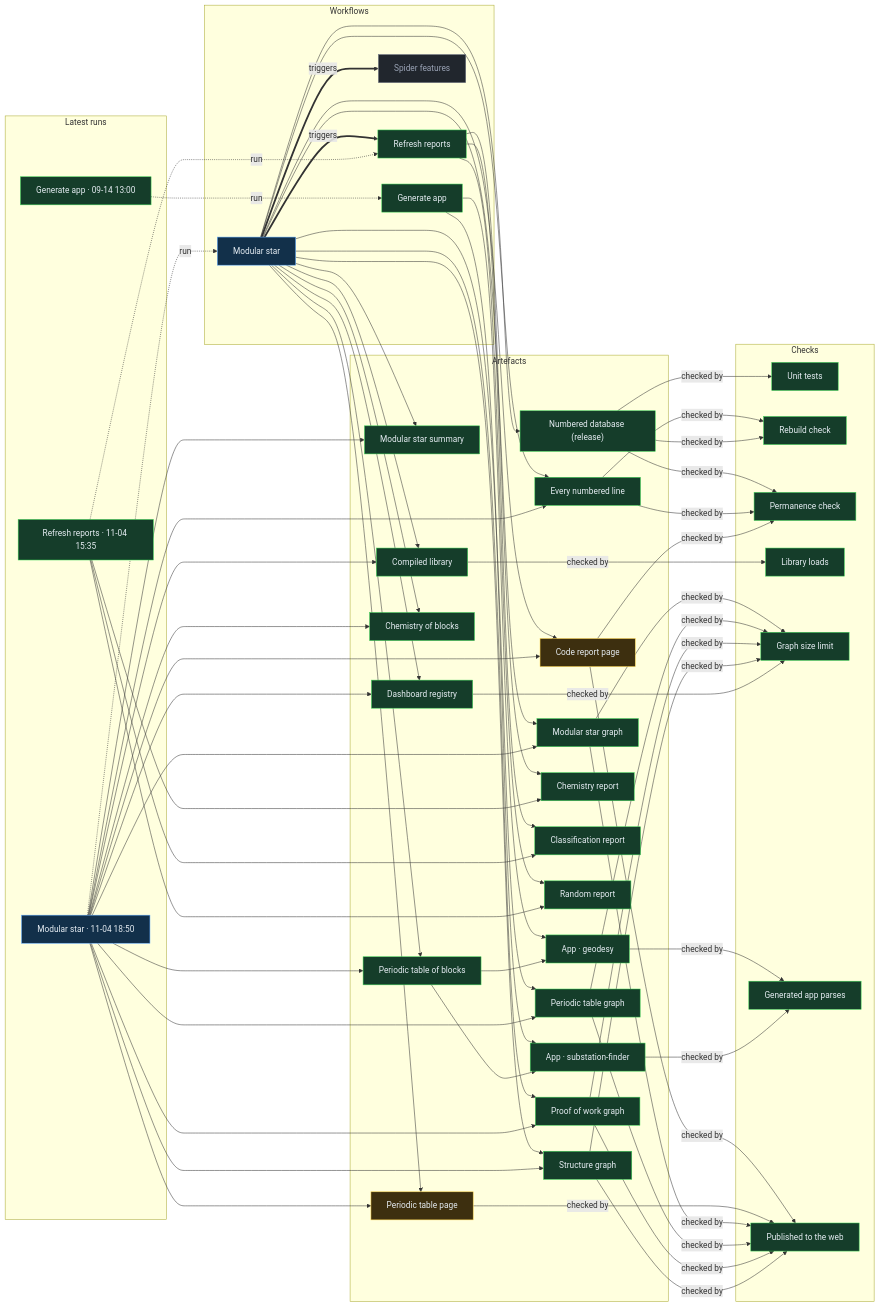
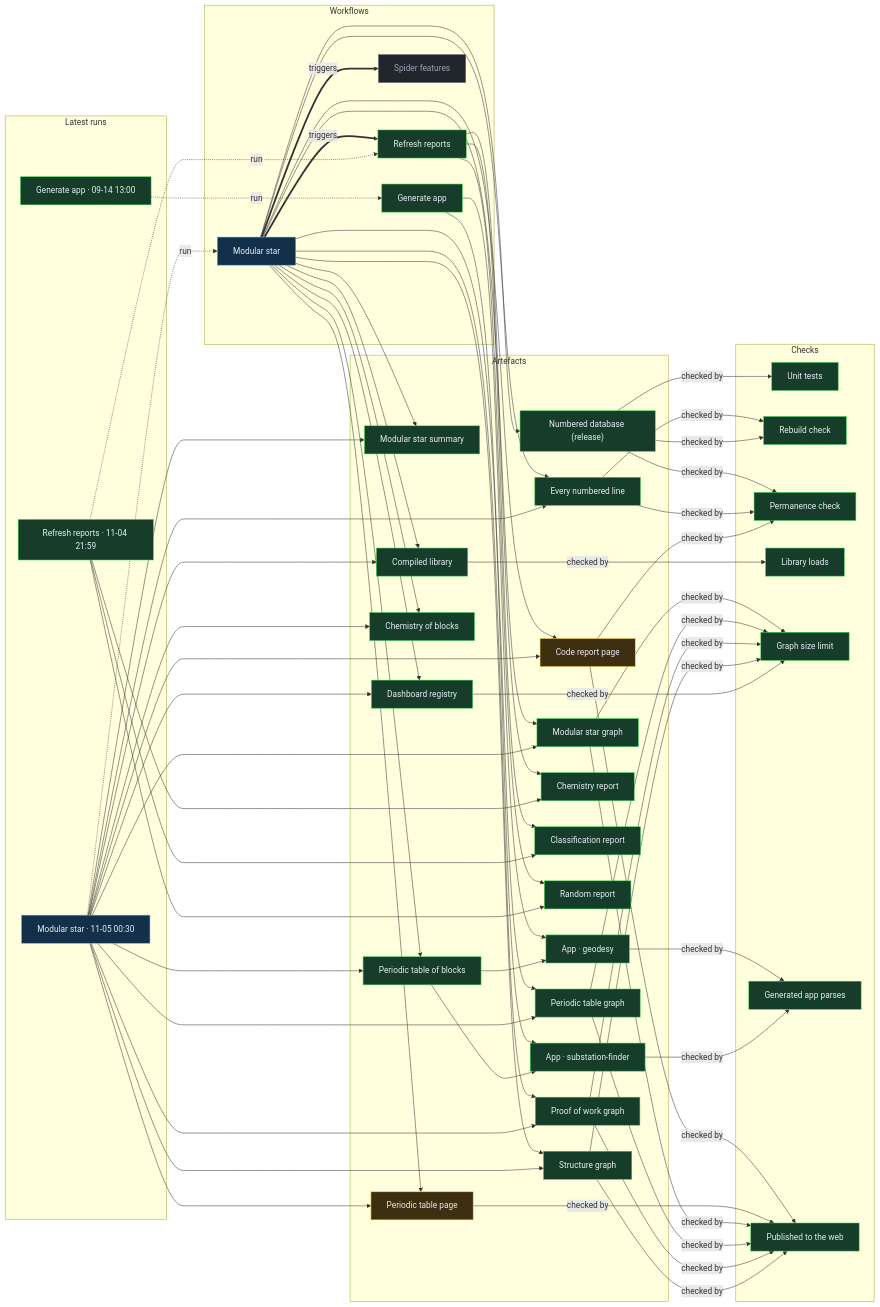
One commit to Ventusltd/stars changed the diagram in proof/PROOF.md. Above: the diagram before and after it, drawn with Mermaid. The commit also changed other lines of this file and 49 other files, not shown here.

Commit message:
Modular star 2026-11-05T00:33Z

```diff
--- a/proof/PROOF.md
+++ b/proof/PROOF.md
@@ -24,8 +24,8 @@
   n_wf_spider_features["Spider features"]:::off
   end
   subgraph g_runs["Latest runs"]
-  n_run_41891149743["Modular star · 11-04 18:50"]:::live
-  n_run_41859281471["Refresh reports · 11-04 15:35"]:::ok
+  n_run_41941857222["Modular star · 11-05 00:30"]:::live
+  n_run_41921132086["Refresh reports · 11-04 21:59"]:::ok
   n_run_34846587798["Generate app · 09-14 13:00"]:::ok
   end
   subgraph g_artefacts["Artefacts"]
@@ -59,39 +59,39 @@
   end
   n_wf_modular_star == triggers ==> n_wf_refresh
   n_wf_modular_star == triggers ==> n_wf_spider_features
-  n_run_41891149743 -. run .-> n_wf_modular_star
-  n_run_41859281471 -. run .-> n_wf_refresh
+  n_run_41941857222 -. run .-> n_wf_modular_star
+  n_run_41921132086 -. run .-> n_wf_refresh
   n_run_34846587798 -. run .-> n_wf_generate
   n_wf_modular_star --> n_art_summary
-  n_run_41891149743 --> n_art_summary
+  n_run_41941857222 --> n_art_summary
   n_wf_modular_star --> n_art_lines
-  n_run_41891149743 --> n_art_lines
+  n_run_41941857222 --> n_art_lines
   n_wf_modular_star --> n_art_code
-  n_run_41891149743 --> n_art_code
+  n_run_41941857222 --> n_art_code
   n_wf_modular_star --> n_art_modular_graph
-  n_run_41891149743 --> n_art_modular_graph
+  n_run_41941857222 --> n_art_modular_graph
   n_wf_modular_star --> n_art_blocks
-  n_run_41891149743 --> n_art_blocks
+  n_run_41941857222 --> n_art_blocks
   n_wf_modular_star --> n_art_table
-  n_run_41891149743 --> n_art_table
+  n_run_41941857222 --> n_art_table
   n_wf_modular_star --> n_art_blocks_graph
-  n_run_41891149743 --> n_art_blocks_graph
+  n_run_41941857222 --> n_art_blocks_graph
   n_wf_modular_star --> n_art_reactions
-  n_run_41891149743 --> n_art_reactions
+  n_run_41941857222 --> n_art_reactions
   n_wf_modular_star --> n_art_library
-  n_run_41891149743 --> n_art_library
+  n_run_41941857222 --> n_art_library
   n_wf_modular_star --> n_art_features
-  n_run_41891149743 --> n_art_features
+  n_run_41941857222 --> n_art_features
   n_wf_modular_star --> n_art_proof
-  n_run_41891149743 --> n_art_proof
+  n_run_41941857222 --> n_art_proof
   n_wf_modular_star --> n_art_structure
-  n_run_41891149743 --> n_art_structure
+  n_run_41941857222 --> n_art_structure
   n_wf_refresh --> n_art_chemistry
-  n_run_41859281471 --> n_art_chemistry
+  n_run_41921132086 --> n_art_chemistry
   n_wf_refresh --> n_art_vedic
-  n_run_41859281471 --> n_art_vedic
+  n_run_41921132086 --> n_art_vedic
   n_wf_refresh --> n_art_random
-  n_run_41859281471 --> n_art_random
+  n_run_41921132086 --> n_art_random
   n_wf_modular_star --> n_art_release
   n_wf_generate --> n_app_geodesy
   n_art_blocks --> n_app_geodesy
```
